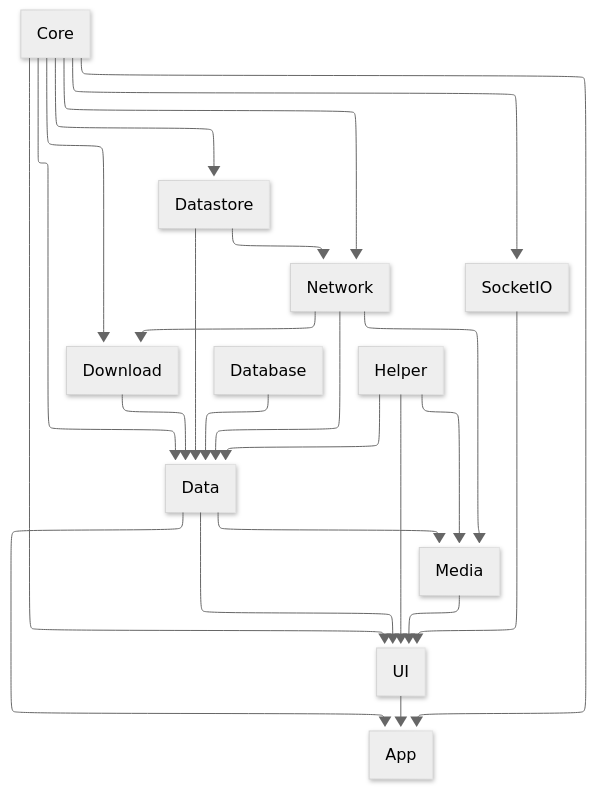
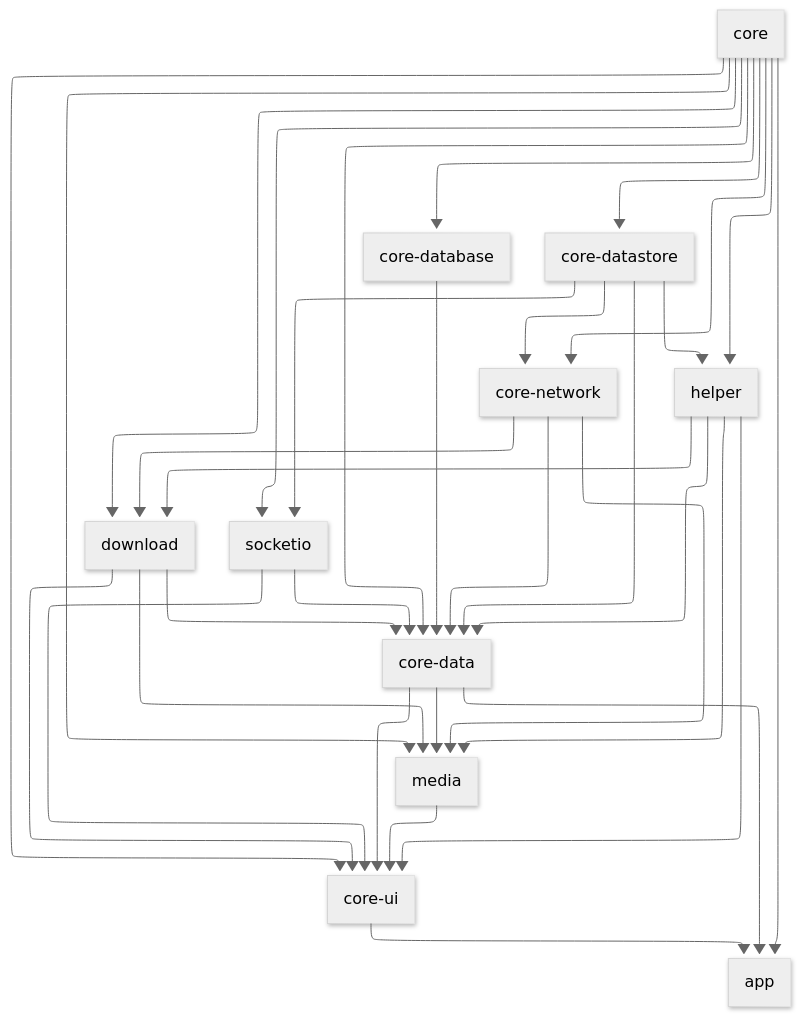
One commit to 100nandoo/shelfdroid changed the first of 3 diagrams in docs/DOCS.md. Above: the diagram before and after it, drawn with Mermaid. The commit also changed other lines of this file and 40 other files, not shown here.

Commit message:
docs(DOCS.md): update screen flow and module graph

````diff
--- a/docs/DOCS.md
+++ b/docs/DOCS.md
@@ -25,33 +25,42 @@
 ```mermaid
 ---
 config:
   layout: elk
   theme: neutral
   look: neo
 ---
 flowchart TD
-%% Relationships
-    C --> A & D & S & N & U & Do
-    S --> D & N
-    B --> D
-    N --> D & M & Do
-    D --> U & A & M
-    U --> A
-    M --> U
-    SI --> U
-    H --> D & U & M
-    Do --> D
-    C --> SI
-%% Declarations
-    C["Core"]
-    A["App"]
-    U["UI"]
-    N["Network"]
-    S["Datastore"]
-    B["Database"]
-    D["Data"]
-    M["Media"]
-    Do["Download"]
-    H["Helper"]
-    SI["SocketIO"]
+    Core["core"] --> App["app"]
+    Core --> Data["core-data"]
+    Core --> Database["core-database"]
+    Core --> Datastore["core-datastore"]
+    Core --> Network["core-network"]
+    Core --> Download["download"]
+    Core --> Helper["helper"]
+    Core --> SocketIO["socketio"]
+    Core --> UI["core-ui"]
+    Core --> Media["media"]
+
+    Data --> App
+    UI --> App
+    Data --> UI
+    Data --> Media
+    Database --> Data
+    Datastore --> Data
+    Datastore --> Network
+    Datastore --> Helper
+    Datastore --> SocketIO
+    Network --> Data
+    Network --> Download
+    Network --> Media
+    Download --> Data
+    Download --> UI
+    Download --> Media
+    Media --> UI
+    Helper --> Data
+    Helper --> Download
+    Helper --> UI
+    Helper --> Media
+    SocketIO --> Data
+    SocketIO --> UI
 ```
````
